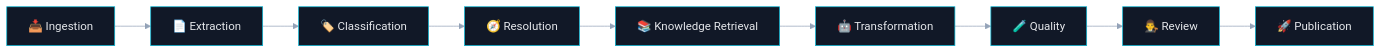
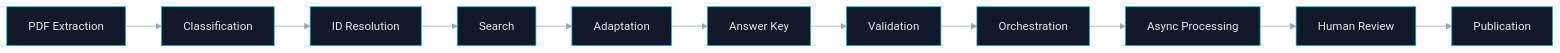
Diagram 11 of 11 in README.md (matheusdiamantino-betalent/IA), drawn with Mermaid before and after one commit. The commit also changed other lines of this file, not shown here.

````diff
--- a/README.md
+++ b/README.md
@@ -1311,25 +1237,27 @@
 ```mermaid
 %%{init: {
   "theme": "base",
   "themeVariables": {
-    "background": "#0b1220",
+    "background": "#050816",
     "primaryColor": "#111827",
     "primaryTextColor": "#e5e7eb",
     "primaryBorderColor": "#06b6d4",
     "secondaryColor": "#0f172a",
     "secondaryTextColor": "#e5e7eb",
     "tertiaryColor": "#111827",
     "tertiaryTextColor": "#e5e7eb",
     "lineColor": "#94a3b8"
   }
 }}%%
 flowchart LR
-    A["📥 Ingestion"] --> B["📄 Extraction"]
-    B --> C["🏷️ Classification"]
-    C --> D["🧭 Resolution"]
-    D --> E["📚 Knowledge Retrieval"]
-    E --> F["🤖 Transformation"]
-    F --> G["🧪 Quality"]
-    G --> H["👨‍⚖️ Review"]
-    H --> I["🚀 Publication"]
+    A["PDF Extraction"] --> B["Classification"]
+    B --> C["ID Resolution"]
+    C --> D["Search"]
+    D --> E["Adaptation"]
+    E --> F["Answer Key"]
+    F --> G["Validation"]
+    G --> H["Orchestration"]
+    H --> I["Async Processing"]
+    I --> J["Human Review"]
+    J --> K["Publication"]
 ```
````
